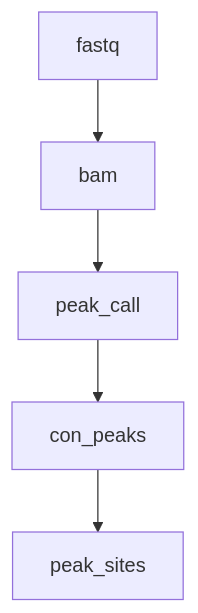
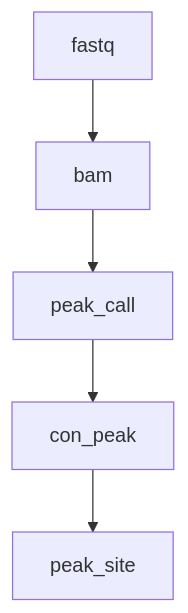
Before and after one commit to Prekovic-Lab/ChIP-seq_Snakemake_pipeline: the diagram in README.md, drawn with Mermaid.

````diff
--- a/README.md
+++ b/README.md
@@ -4,7 +4,7 @@
 ```mermaid
 flowchart TD
     fastq --> bam
     bam --> peak_call
-    peak_call --> con_peaks
-    con_peaks --> peak_sites
+    peak_call --> con_peak
+    con_peak --> peak_site
 ```
````
